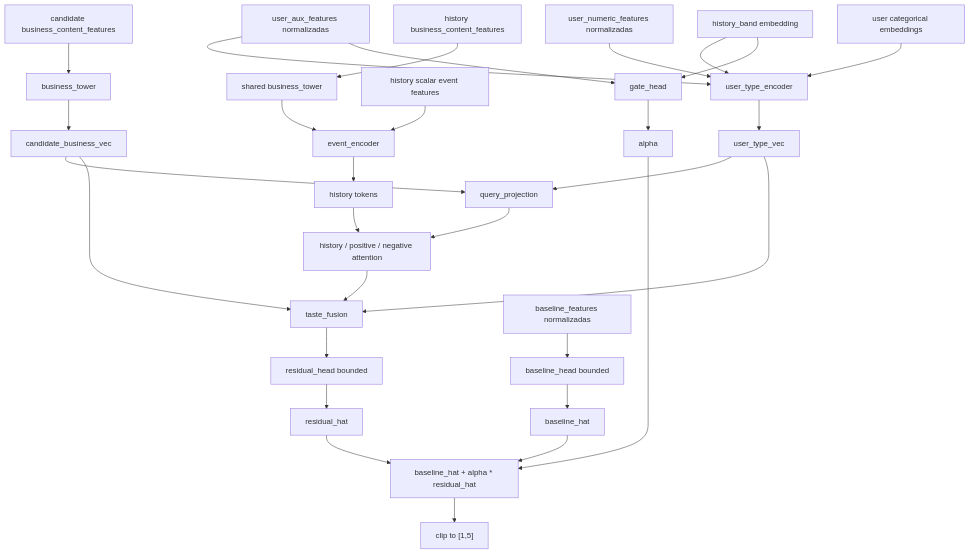
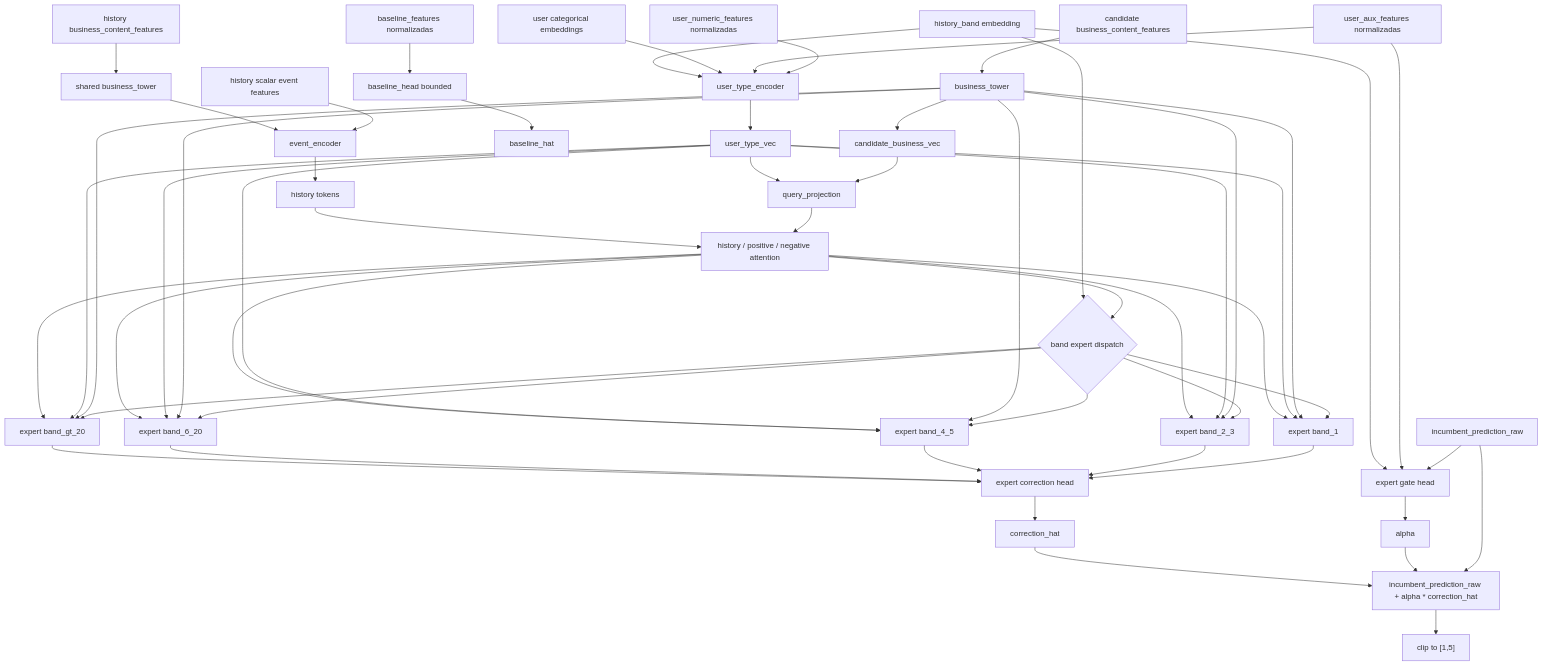
One commit to Mariogarber/recomendation-system changed the first of 2 diagrams in docs/training/train-known-user-deep-router-detailed.md. Above: the diagram before and after it, drawn with Mermaid. The commit also changed other lines of this file and 134 other files, not shown here.

````diff
--- a/docs/training/train-known-user-deep-router-detailed.md
+++ b/docs/training/train-known-user-deep-router-detailed.md
@@ -60,32 +85,56 @@
 ```mermaid
 flowchart TD
     A["candidate business_content_features"] --> B["business_tower"]
     C["history business_content_features"] --> D["shared business_tower"]
     E["history scalar event features"] --> F["event_encoder"]
     D --> F
     G["user_numeric_features normalizadas"] --> H["user_type_encoder"]
     I["user_aux_features normalizadas"] --> H
     J["user categorical embeddings"] --> H
     K["history_band embedding"] --> H
     B --> L["candidate_business_vec"]
     H --> M["user_type_vec"]
     F --> N["history tokens"]
     L --> O["query_projection"]
     M --> O
     O --> P["history / positive / negative attention"]
     N --> P
-    P --> Q["taste_fusion"]
-    L --> Q
-    M --> Q
+    P --> Q{"band expert dispatch"}
+    K --> Q
+    Q --> Q1["expert band_1"]
+    Q --> Q2["expert band_2_3"]
+    Q --> Q3["expert band_4_5"]
+    Q --> Q4["expert band_6_20"]
+    Q --> Q5["expert band_gt_20"]
     R["baseline_features normalizadas"] --> S["baseline_head bounded"]
-    I --> T["gate_head"]
+    B["business_tower"] --> Q1
+    B --> Q2
+    B --> Q3
+    B --> Q4
+    B --> Q5
+    M --> Q1
+    M --> Q2
+    M --> Q3
+    M --> Q4
+    M --> Q5
+    P --> Q1
+    P --> Q2
+    P --> Q3
+    P --> Q4
+    P --> Q5
+    B2["incumbent_prediction_raw"] --> T
+    I --> T["expert gate head"]
     K --> T
-    Q --> U["residual_head bounded"]
+    Q1 --> U["expert correction head"]
+    Q2 --> U
+    Q3 --> U
+    Q4 --> U
+    Q5 --> U
     T --> V["alpha"]
     S --> W["baseline_hat"]
-    U --> X["residual_hat"]
-    W --> Y["baseline_hat + alpha * residual_hat"]
+    U --> X["correction_hat"]
+    B2 --> Y["incumbent_prediction_raw + alpha * correction_hat"]
     V --> Y
     X --> Y
     Y --> Z["clip to [1,5]"]
 ```
````
